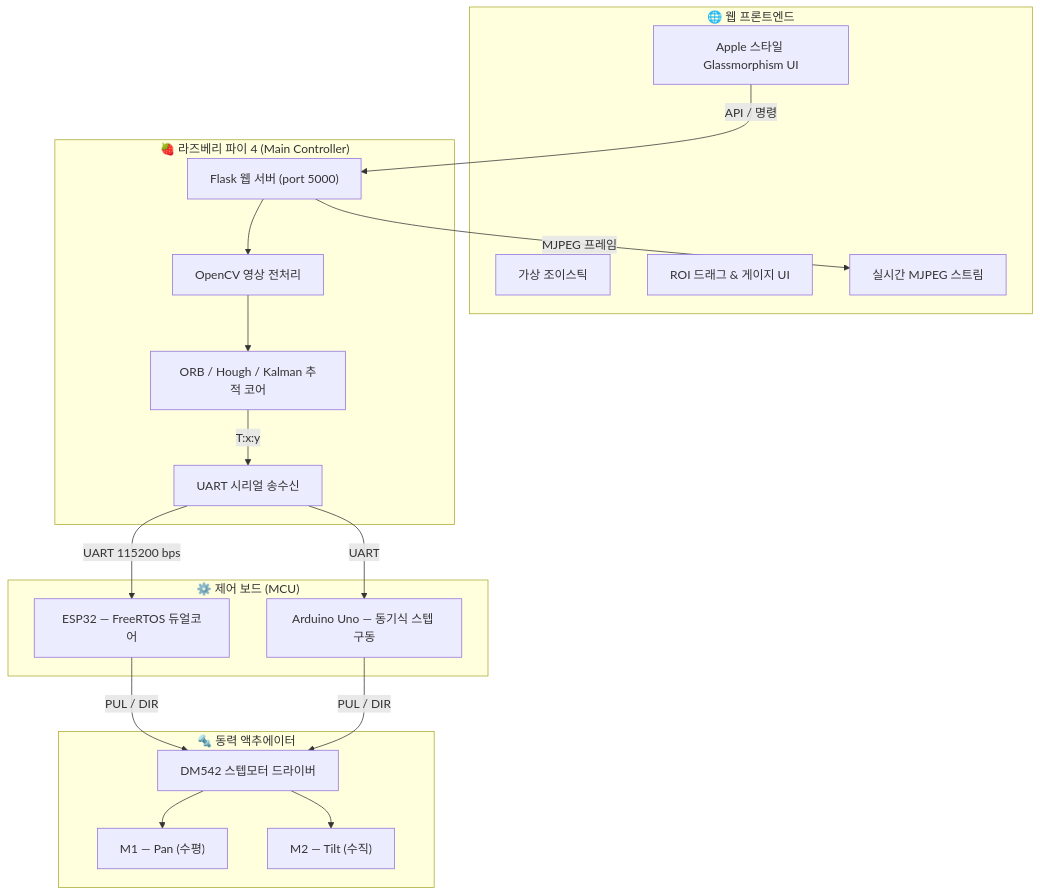
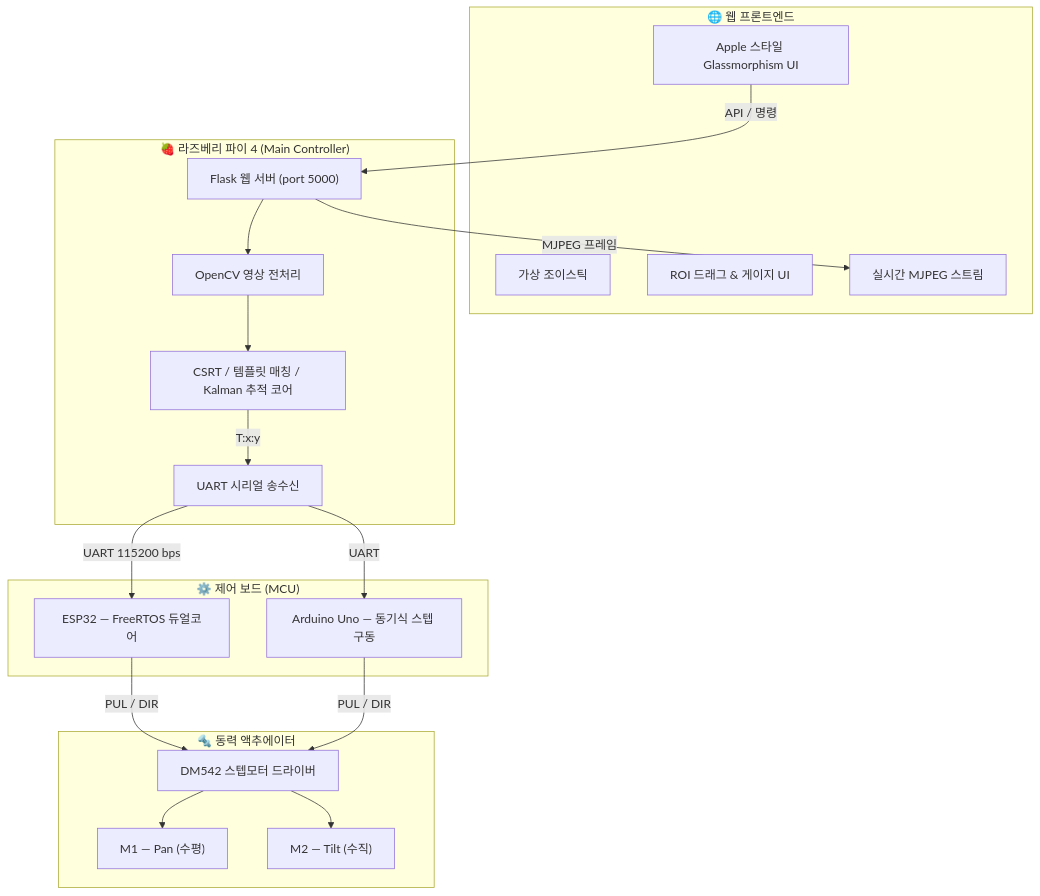
Before and after one commit to lsk0522/turret_ws: the first of 2 diagrams in README.md, drawn with Mermaid. The commit also changed other lines of this file and 1 other file, not shown here.

````diff
--- a/README.md
+++ b/README.md
@@ -86,38 +86,38 @@
 ```mermaid
 graph TD
     subgraph Web_Frontend ["🌐 웹 프론트엔드"]
         UI["Apple 스타일 Glassmorphism UI"]
         Joystick["가상 조이스틱"]
         ROI["ROI 드래그 & 게이지 UI"]
         Stream["실시간 MJPEG 스트림"]
     end
 
     subgraph Raspberry_Pi ["🍓 라즈베리 파이 4 (Main Controller)"]
         Server["Flask 웹 서버 (port 5000)"]
         Vision["OpenCV 영상 전처리"]
-        Track["ORB / Hough / Kalman 추적 코어"]
+        Track["CSRT / 템플릿 매칭 / Kalman 추적 코어"]
         Serial["UART 시리얼 송수신"]
     end
 
     subgraph MCU ["⚙️ 제어 보드 (MCU)"]
         ESP["ESP32 — FreeRTOS 듀얼코어"]
         ARD["Arduino Uno — 동기식 스텝 구동"]
     end
 
     subgraph Motor ["🔩 동력 액추에이터"]
         Driver["DM542 스텝모터 드라이버"]
         M1["M1 — Pan (수평)"]
         M2["M2 — Tilt (수직)"]
     end
 
     UI -->|API / 명령| Server
     Server -->|MJPEG 프레임| Stream
     Server --> Vision --> Track
     Track -->|T:x:y\n| Serial
     Serial -->|UART 115200 bps| ESP
     Serial -->|UART| ARD
     ESP -->|PUL / DIR| Driver
     ARD -->|PUL / DIR| Driver
     Driver --> M1
     Driver --> M2
 ```
````
